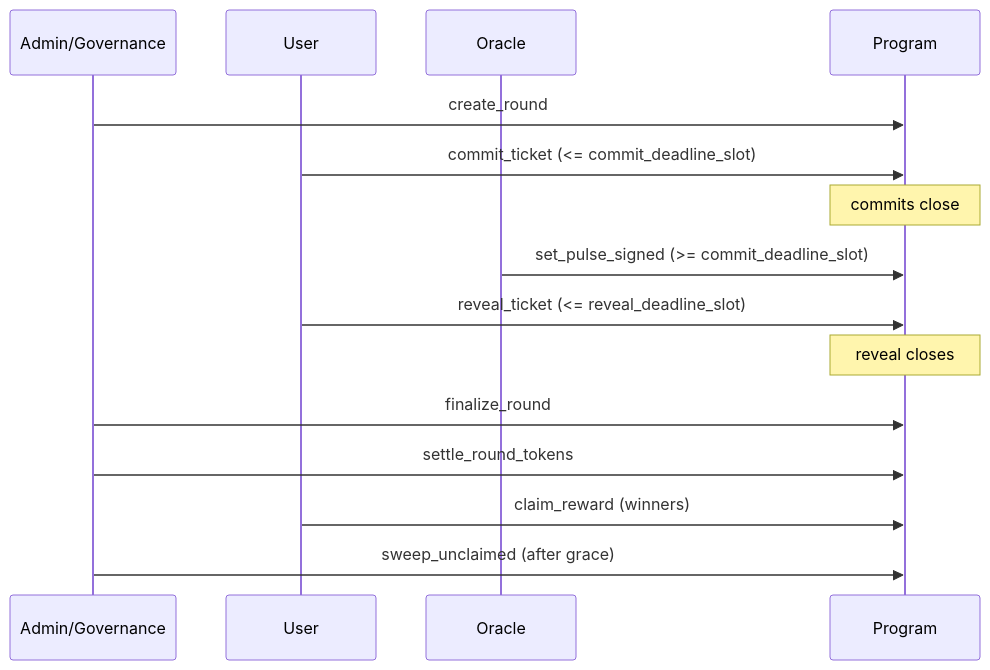
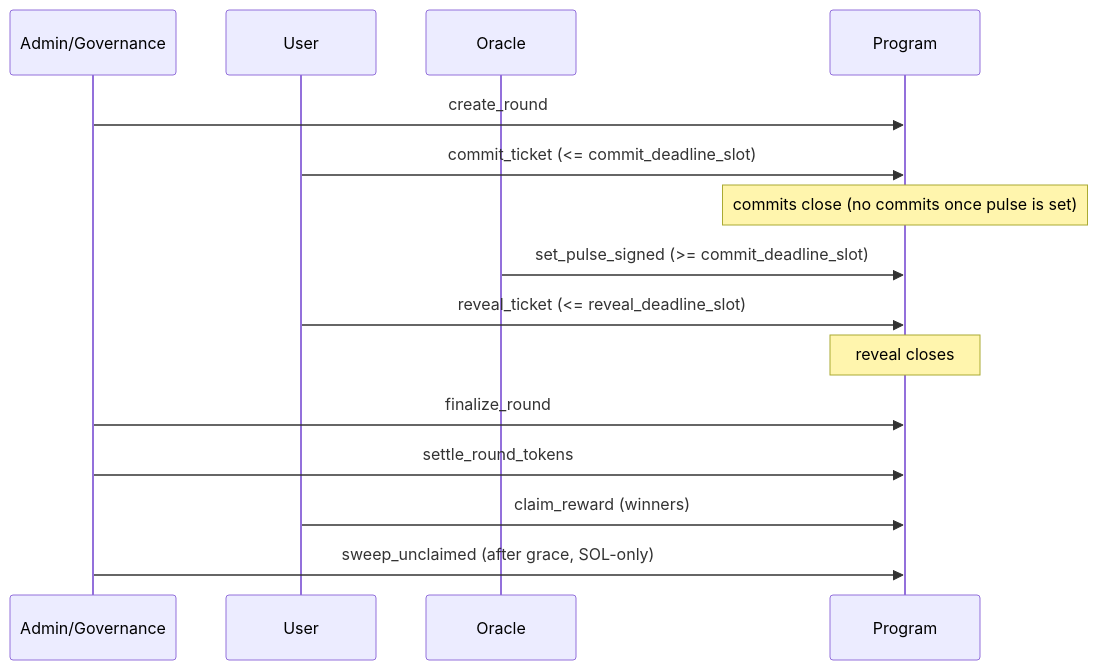
The second of 2 diagrams in docs/protocol/overview.md (TIMLG-Protocol/timlg-protocol), drawn with Mermaid before and after one commit. The commit also changed other lines of this file and 7 other files, not shown here.

````diff
--- a/docs/protocol/overview.md
+++ b/docs/protocol/overview.md
@@ -63,18 +90,18 @@
 ```mermaid
 sequenceDiagram
   participant A as Admin/Governance
   participant U as User
   participant O as Oracle
   participant P as Program
 
   A->>P: create_round
   U->>P: commit_ticket (<= commit_deadline_slot)
-  Note over P: commits close
+  Note over P: commits close (no commits once pulse is set)
   O->>P: set_pulse_signed (>= commit_deadline_slot)
   U->>P: reveal_ticket (<= reveal_deadline_slot)
   Note over P: reveal closes
   A->>P: finalize_round
   A->>P: settle_round_tokens
   U->>P: claim_reward (winners)
-  A->>P: sweep_unclaimed (after grace)
+  A->>P: sweep_unclaimed (after grace, SOL-only)
 ```
````
